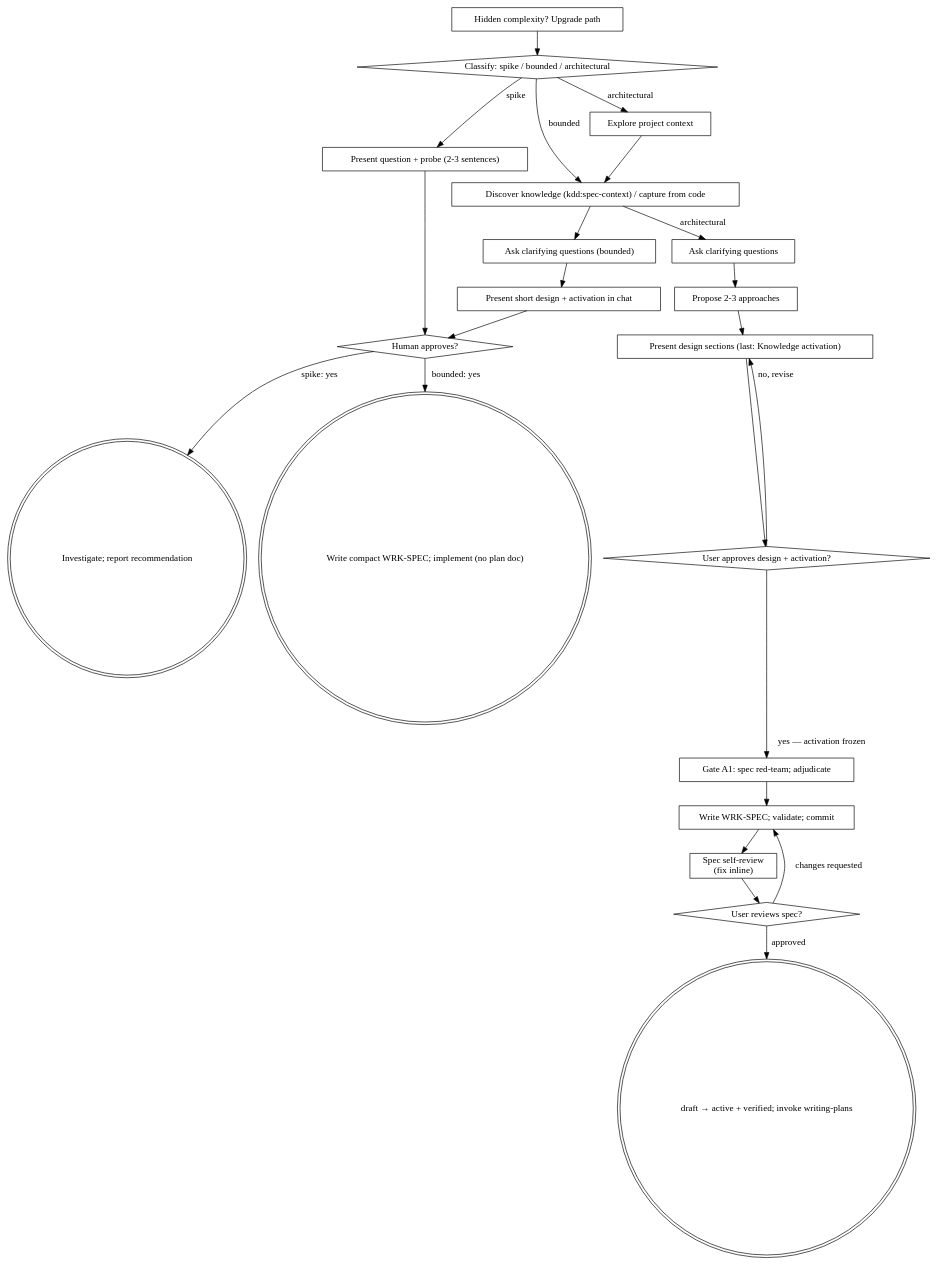
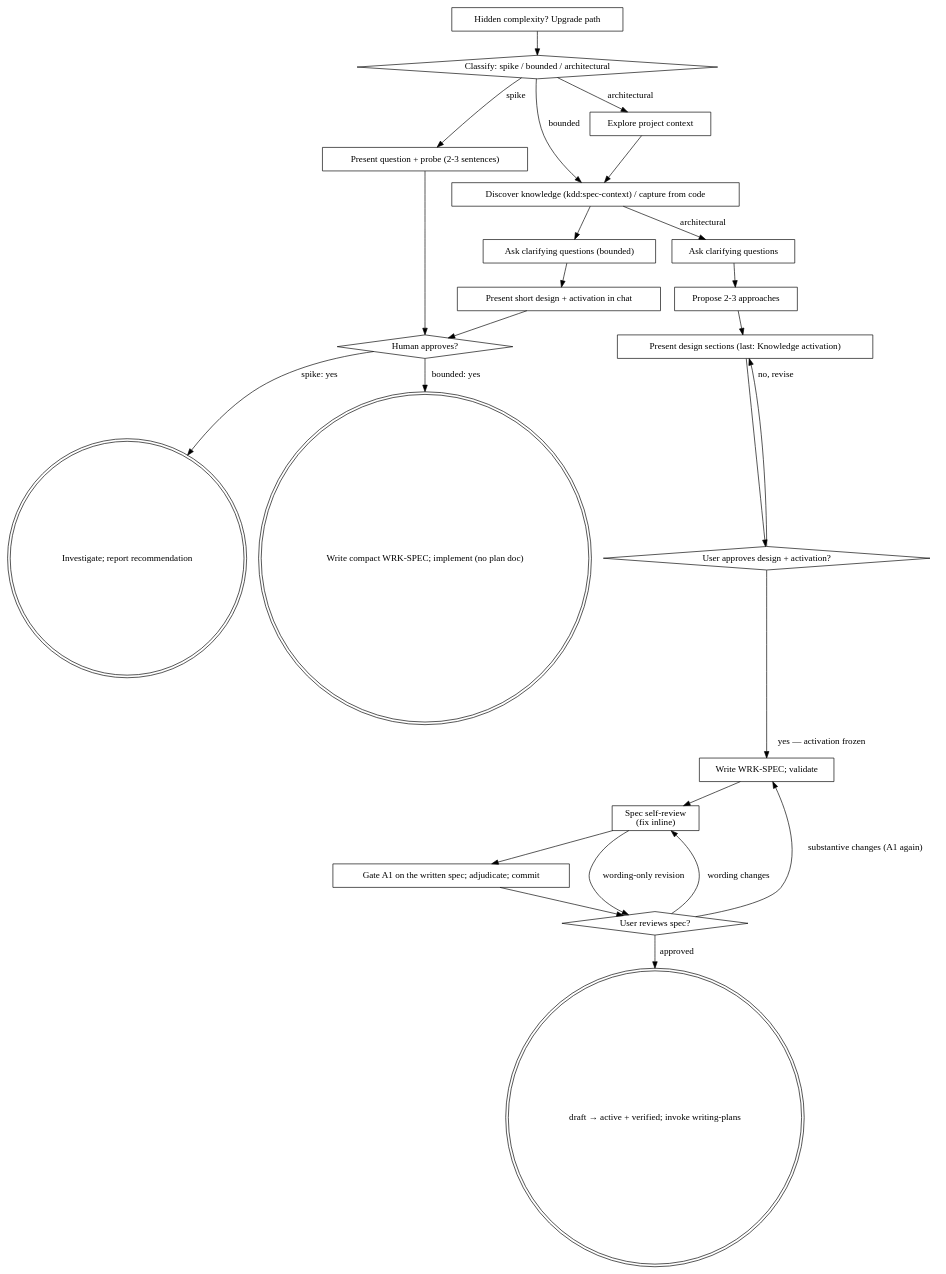
The diagram in skills/brainstorming/SKILL.md (jmbruzos/superpowers), drawn with Graphviz before and after one commit. The commit also changed other lines of this file and 1 other file, not shown here.

Commit message:
feat(WRK-TASK-FORK-GATES-001-003): brainstorming writes and self-reviews the WRK-SPEC before gate A1; commit after adjudication; A1 re-run rule Co-Authored-By: Claude Haiku 4.5 <noreply@anthropic.com>

````diff
--- a/skills/brainstorming/SKILL.md
+++ b/skills/brainstorming/SKILL.md
@@ -119,46 +119,48 @@
 ```dot
 digraph brainstorming {
     "Classify: spike / bounded / architectural" [shape=diamond];
     "Present question + probe (2-3 sentences)" [shape=box];
     "Discover knowledge (kdd:spec-context) / capture from code" [shape=box];
     "Ask clarifying questions (bounded)" [shape=box];
     "Present short design + activation in chat" [shape=box];
     "Human approves?" [shape=diamond];
     "Investigate; report recommendation" [shape=doublecircle];
     "Write compact WRK-SPEC; implement (no plan doc)" [shape=doublecircle];
     "Explore project context" [shape=box];
     "Ask clarifying questions" [shape=box];
     "Propose 2-3 approaches" [shape=box];
     "Present design sections (last: Knowledge activation)" [shape=box];
     "User approves design + activation?" [shape=diamond];
-    "Gate A1: spec red-team; adjudicate" [shape=box];
-    "Write WRK-SPEC; validate; commit" [shape=box];
+    "Gate A1 on the written spec; adjudicate; commit" [shape=box];
+    "Write WRK-SPEC; validate" [shape=box];
     "Spec self-review\n(fix inline)" [shape=box];
     "User reviews spec?" [shape=diamond];
     "draft → active + verified; invoke writing-plans" [shape=doublecircle];
     "Hidden complexity? Upgrade path" [shape=box];
 
     "Classify: spike / bounded / architectural" -> "Present question + probe (2-3 sentences)" [label="spike"];
     "Classify: spike / bounded / architectural" -> "Discover knowledge (kdd:spec-context) / capture from code" [label="bounded"];
     "Classify: spike / bounded / architectural" -> "Explore project context" [label="architectural"];
     "Present question + probe (2-3 sentences)" -> "Human approves?";
     "Discover knowledge (kdd:spec-context) / capture from code" -> "Ask clarifying questions (bounded)";
     "Ask clarifying questions (bounded)" -> "Present short design + activation in chat";
     "Present short design + activation in chat" -> "Human approves?";
     "Human approves?" -> "Investigate; report recommendation" [label="spike: yes"];
     "Human approves?" -> "Write compact WRK-SPEC; implement (no plan doc)" [label="bounded: yes"];
     "Hidden complexity? Upgrade path" -> "Classify: spike / bounded / architectural";
     "Explore project context" -> "Discover knowledge (kdd:spec-context) / capture from code";
     "Discover knowledge (kdd:spec-context) / capture from code" -> "Ask clarifying questions" [label="architectural"];
     "Ask clarifying questions" -> "Propose 2-3 approaches";
     "Propose 2-3 approaches" -> "Present design sections (last: Knowledge activation)";
     "Present design sections (last: Knowledge activation)" -> "User approves design + activation?";
     "User approves design + activation?" -> "Present design sections (last: Knowledge activation)" [label="no, revise"];
-    "User approves design + activation?" -> "Gate A1: spec red-team; adjudicate" [label="yes — activation frozen"];
-    "Gate A1: spec red-team; adjudicate" -> "Write WRK-SPEC; validate; commit";
-    "Write WRK-SPEC; validate; commit" -> "Spec self-review\n(fix inline)";
-    "Spec self-review\n(fix inline)" -> "User reviews spec?";
-    "User reviews spec?" -> "Write WRK-SPEC; validate; commit" [label="changes requested"];
+    "User approves design + activation?" -> "Write WRK-SPEC; validate" [label="yes — activation frozen"];
+    "Write WRK-SPEC; validate" -> "Spec self-review\n(fix inline)";
+    "Spec self-review\n(fix inline)" -> "Gate A1 on the written spec; adjudicate; commit";
+    "Gate A1 on the written spec; adjudicate; commit" -> "User reviews spec?";
+    "User reviews spec?" -> "Write WRK-SPEC; validate" [label="substantive changes (A1 again)"];
+    "User reviews spec?" -> "Spec self-review\n(fix inline)" [label="wording changes"];
+    "Spec self-review\n(fix inline)" -> "User reviews spec?" [label="wording-only revision"];
     "User reviews spec?" -> "draft → active + verified; invoke writing-plans" [label="approved"];
 }
 ```
````
